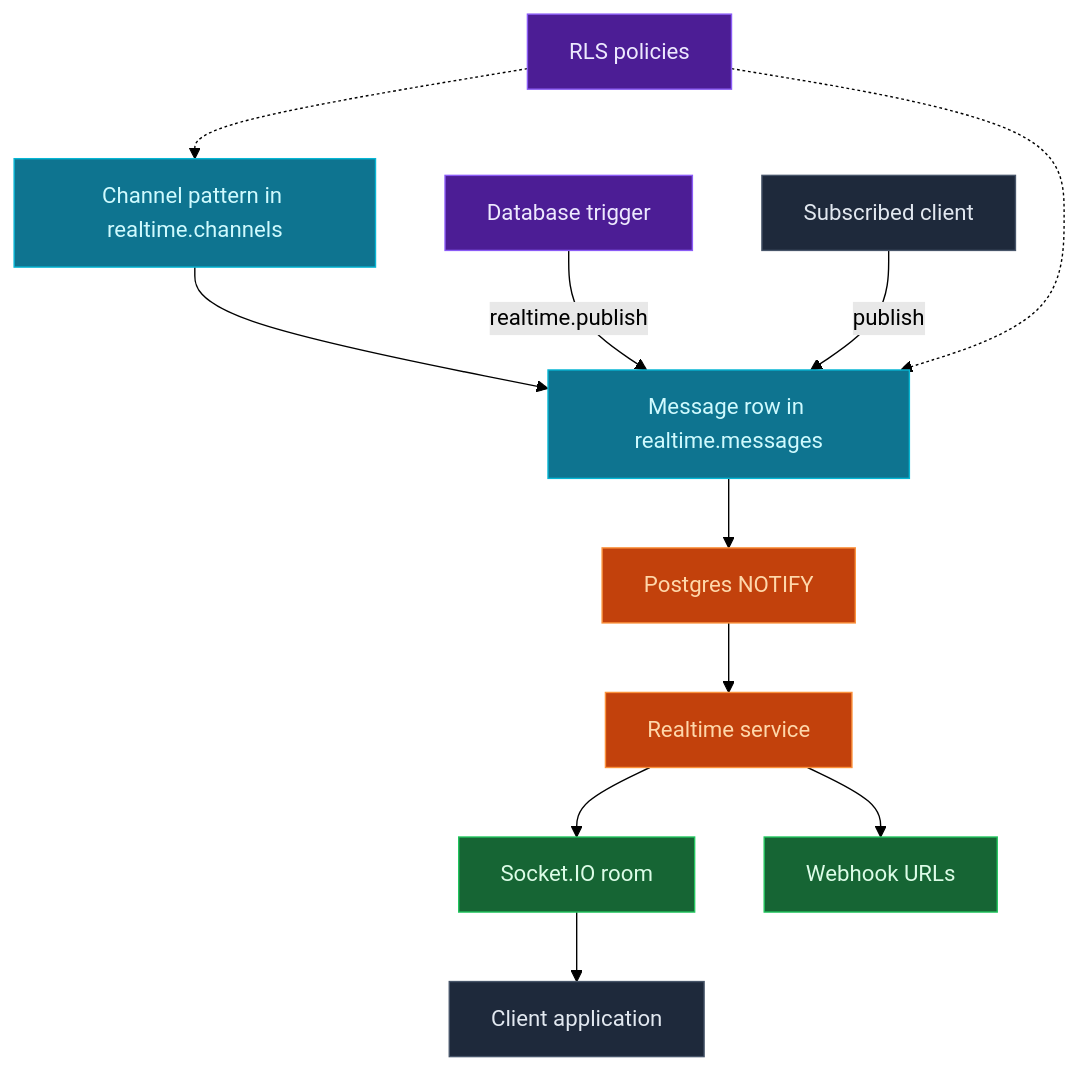
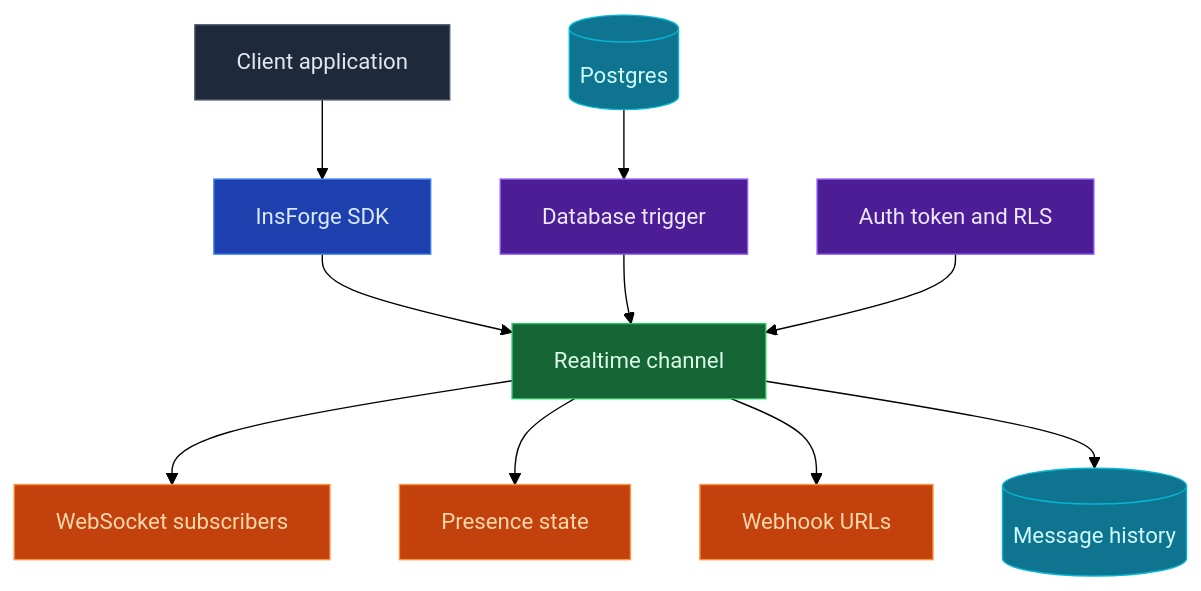
The diagram in docs/core-concepts/realtime/overview.mdx (InsForge/InsForge), drawn with Mermaid (forest theme) before and after one commit. The commit also changed other lines of this file and 16 other files, not shown here.

````diff
--- a/docs/core-concepts/realtime/overview.mdx
+++ b/docs/core-concepts/realtime/overview.mdx
@@ -13,25 +17,26 @@
 ```mermaid
 graph TB
-    Channel[Channel pattern in realtime.channels] --> Message[Message row in realtime.messages]
-    Trigger[Database trigger] -->|realtime.publish| Message
-    Client[Subscribed client] -->|publish| Message
-    Message --> Notify[Postgres NOTIFY]
-    Notify --> Service[Realtime service]
-    Service --> Socket[Socket.IO room]
-    Service --> Webhook[Webhook URLs]
-    Socket --> App[Client application]
+    App[Client application] --> SDK[InsForge SDK]
+    SDK --> Channel[Realtime channel]
 
-    RLS[RLS policies] -.-> Channel
-    RLS -.-> Message
+    Database[(Postgres)] --> Trigger[Database trigger]
+    Trigger --> Channel
 
-    style Channel fill:#0e7490,stroke:#06b6d4,color:#cffafe
-    style Message fill:#0e7490,stroke:#06b6d4,color:#cffafe
+    Channel --> WebSocket[WebSocket subscribers]
+    Channel --> Presence[Presence state]
+    Channel --> Webhook[Webhook URLs]
+    Channel --> History[(Message history)]
+
+    Auth[Auth token and RLS] --> Channel
+
+    style App fill:#1e293b,stroke:#475569,color:#e2e8f0
+    style SDK fill:#1e40af,stroke:#3b82f6,color:#dbeafe
+    style Channel fill:#166534,stroke:#22c55e,color:#dcfce7
+    style Database fill:#0e7490,stroke:#06b6d4,color:#cffafe
     style Trigger fill:#4c1d95,stroke:#8b5cf6,color:#ede9fe
-    style Client fill:#1e293b,stroke:#475569,color:#e2e8f0
-    style Notify fill:#c2410c,stroke:#fb923c,color:#fed7aa
-    style Service fill:#c2410c,stroke:#fb923c,color:#fed7aa
-    style Socket fill:#166534,stroke:#22c55e,color:#dcfce7
-    style Webhook fill:#166534,stroke:#22c55e,color:#dcfce7
-    style App fill:#1e293b,stroke:#475569,color:#e2e8f0
-    style RLS fill:#4c1d95,stroke:#8b5cf6,color:#ede9fe
+    style WebSocket fill:#c2410c,stroke:#fb923c,color:#fed7aa
+    style Presence fill:#c2410c,stroke:#fb923c,color:#fed7aa
+    style Webhook fill:#c2410c,stroke:#fb923c,color:#fed7aa
+    style History fill:#0e7490,stroke:#06b6d4,color:#cffafe
+    style Auth fill:#4c1d95,stroke:#8b5cf6,color:#ede9fe
 ```
````
